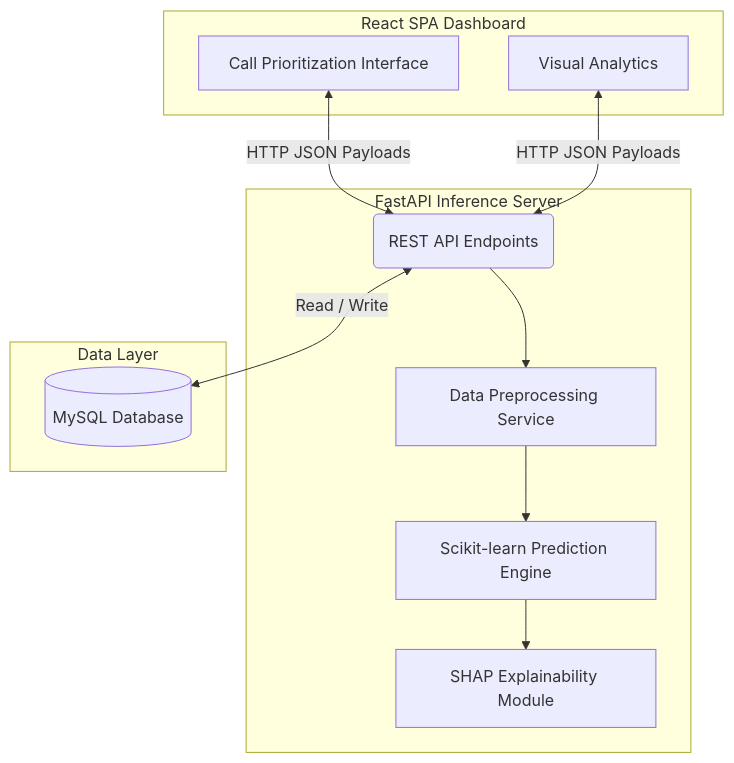
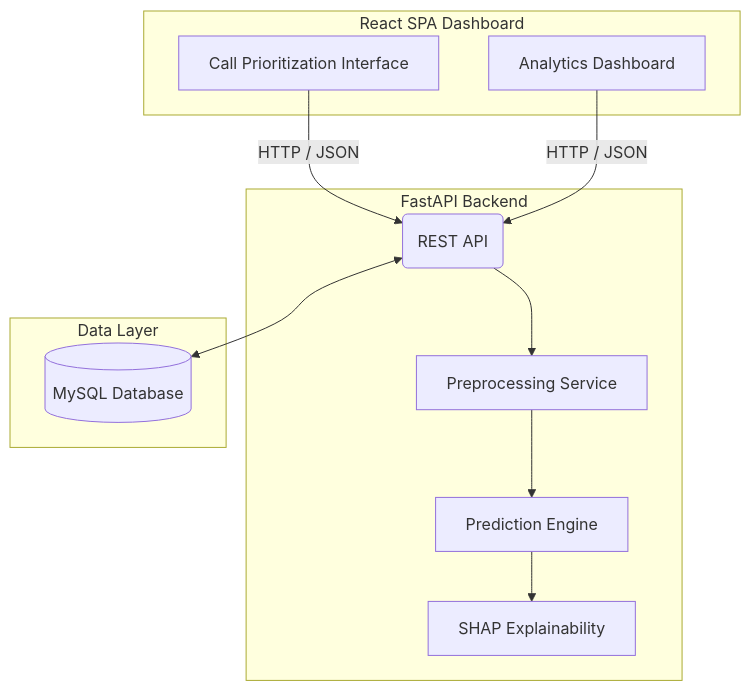
Before and after one commit to 0xAditya-Labs/ISP-Customer-retention-Recommender: the diagram in readme.md, drawn with Mermaid. The commit also changed other lines of this file and 13 other files, not shown here.

````diff
--- a/readme.md
+++ b/readme.md
@@ -32,22 +144,28 @@
 ```mermaid
 graph TD
-    subgraph Client [React SPA Dashboard]
+
+    subgraph Client["React SPA Dashboard"]
         UI[Call Prioritization Interface]
-        Stats[Visual Analytics]
-    end
-    
-    subgraph Server [FastAPI Inference Server]
-        API(REST API Endpoints)
-        PreProc[Data Preprocessing Service]
-        Engine[Scikit-learn Prediction Engine]
-        SHAP[SHAP Explainability Module]
+        Stats[Analytics Dashboard]
     end
 
-    subgraph Data Layer
+    subgraph Server["FastAPI Backend"]
+        API(REST API)
+        PRE[Preprocessing Service]
+        ML[Prediction Engine]
+        SHAP[SHAP Explainability]
+    end
+
+    subgraph Data["Data Layer"]
         DB[(MySQL Database)]
     end
 
-    UI & Stats <-->|HTTP JSON Payloads| API
-    API --> PreProc --> Engine --> SHAP
-    API <-->|Read / Write| DB
+    UI -->|HTTP / JSON| API
+    Stats -->|HTTP / JSON| API
+
+    API --> PRE
+    PRE --> ML
+    ML --> SHAP
+
+    API <--> DB
 ```
````
